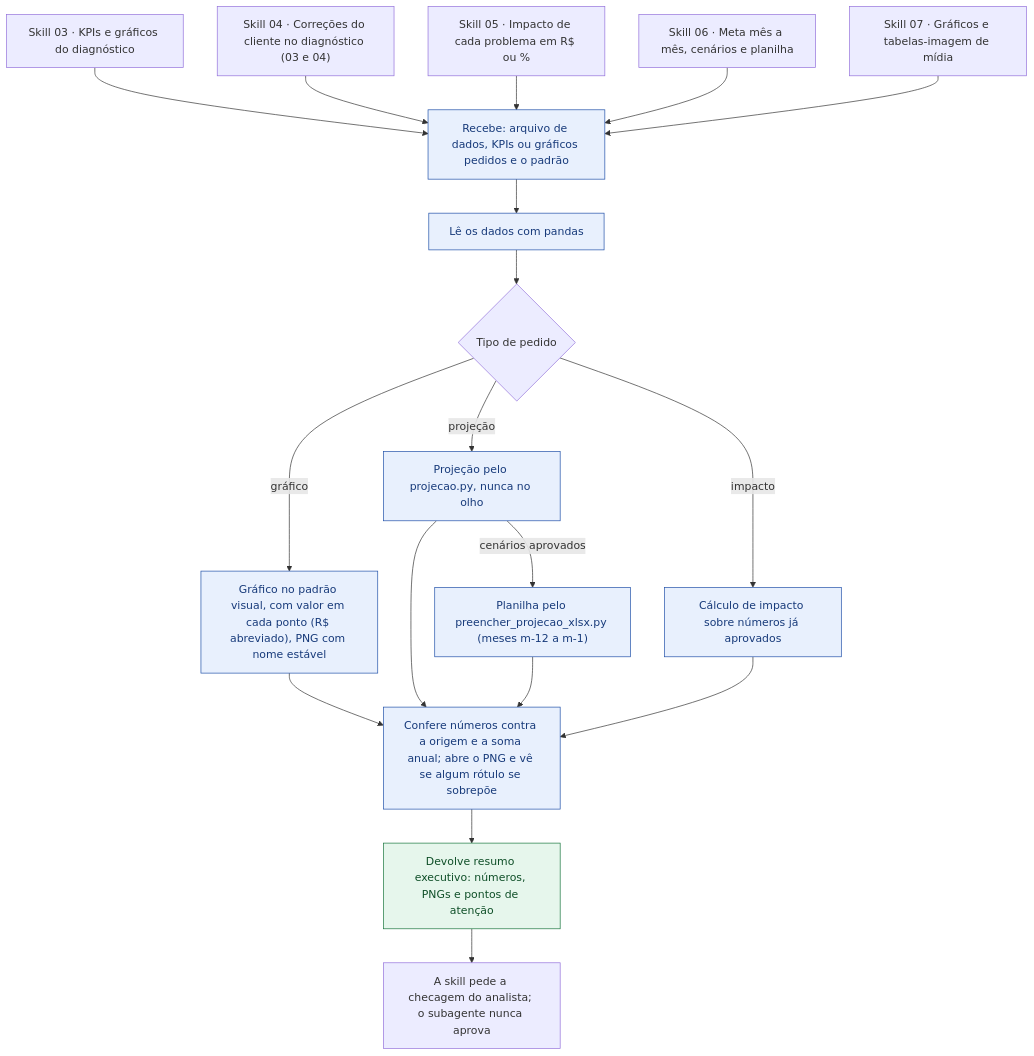
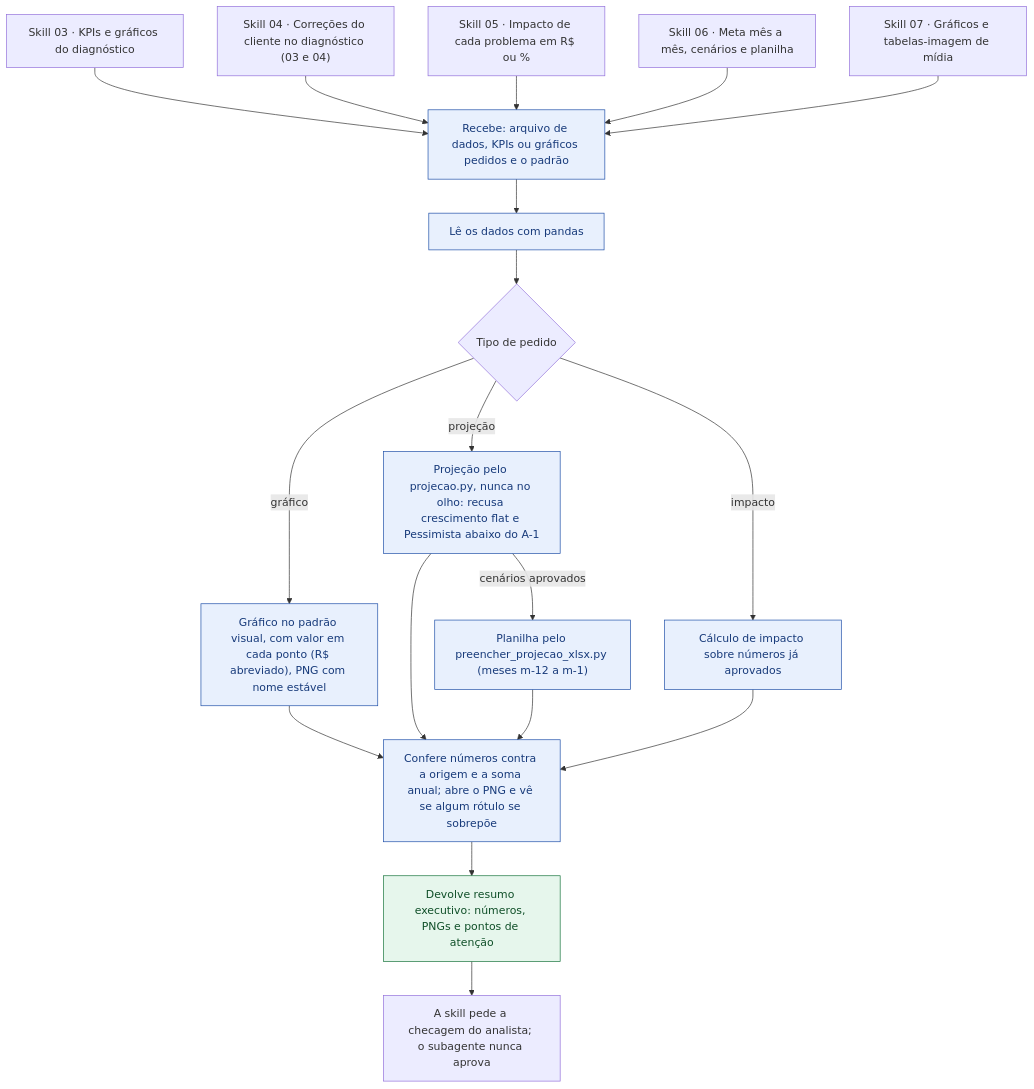
The diagram in .claude/agents/analista-dados.fluxo.mmd (MatheusBoomer/growth-cycle-boomer), drawn with Mermaid before and after one commit. The commit also changed 5 other files, not shown here.

First line of the commit message:
feat(projecao): crescimento varia por mês e Pessimista nunca abaixo do A-1

```diff
--- a/.claude/agents/analista-dados.fluxo.mmd
+++ b/.claude/agents/analista-dados.fluxo.mmd
@@ -1,40 +1,40 @@
 flowchart TD
   S03["Skill 03 · KPIs e gráficos do diagnóstico"]
   S04["Skill 04 · Correções do cliente no diagnóstico (03 e 04)"]
   S05["Skill 05 · Impacto de cada problema em R$ ou %"]
   S06["Skill 06 · Meta mês a mês, cenários e planilha"]
   S07["Skill 07 · Gráficos e tabelas-imagem de mídia"]
   R1["Recebe: arquivo de dados, KPIs ou gráficos pedidos e o padrão"]
   P1["Lê os dados com pandas"]
   D1{"Tipo de pedido"}
   G1["Gráfico no padrão visual, com valor em cada ponto (R$ abreviado), PNG com nome estável"]
-  G2["Projeção pelo projecao.py, nunca no olho"]
+  G2["Projeção pelo projecao.py, nunca no olho: recusa crescimento flat e Pessimista abaixo do A-1"]
   G3["Planilha pelo preencher_projecao_xlsx.py (meses m-12 a m-1)"]
   G4["Cálculo de impacto sobre números já aprovados"]
   P2["Confere números contra a origem e a soma anual; abre o PNG e vê se algum rótulo se sobrepõe"]
   E1["Devolve resumo executivo: números, PNGs e pontos de atenção"]
   CK["A skill pede a checagem do analista; o subagente nunca aprova"]
 
   S03 --> R1
   S04 --> R1
   S05 --> R1
   S06 --> R1
   S07 --> R1
   R1 --> P1
   P1 --> D1
   D1 -->|"gráfico"| G1
   D1 -->|"projeção"| G2
   G2 -->|"cenários aprovados"| G3
   D1 -->|"impacto"| G4
   G1 --> P2
   G2 --> P2
   G3 --> P2
   G4 --> P2
   P2 --> E1
   E1 --> CK
 
   class R1,P1,G1,G2,G3,G4,P2 subagente
   class E1 entrega
   classDef checkpoint fill:#fff1e6,stroke:#e8803a,color:#7a3d0c
   classDef subagente fill:#e8f0fd,stroke:#1f4fa8,color:#173a7a
   classDef entrega fill:#e6f6ec,stroke:#16743b,color:#0f4f28
```
